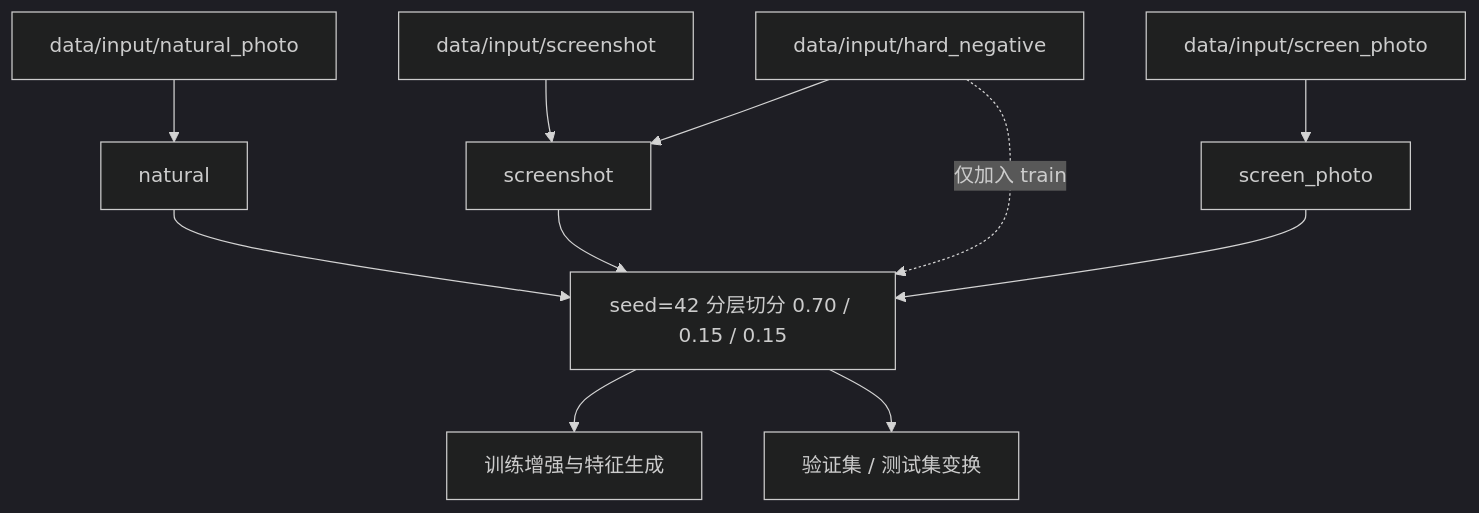
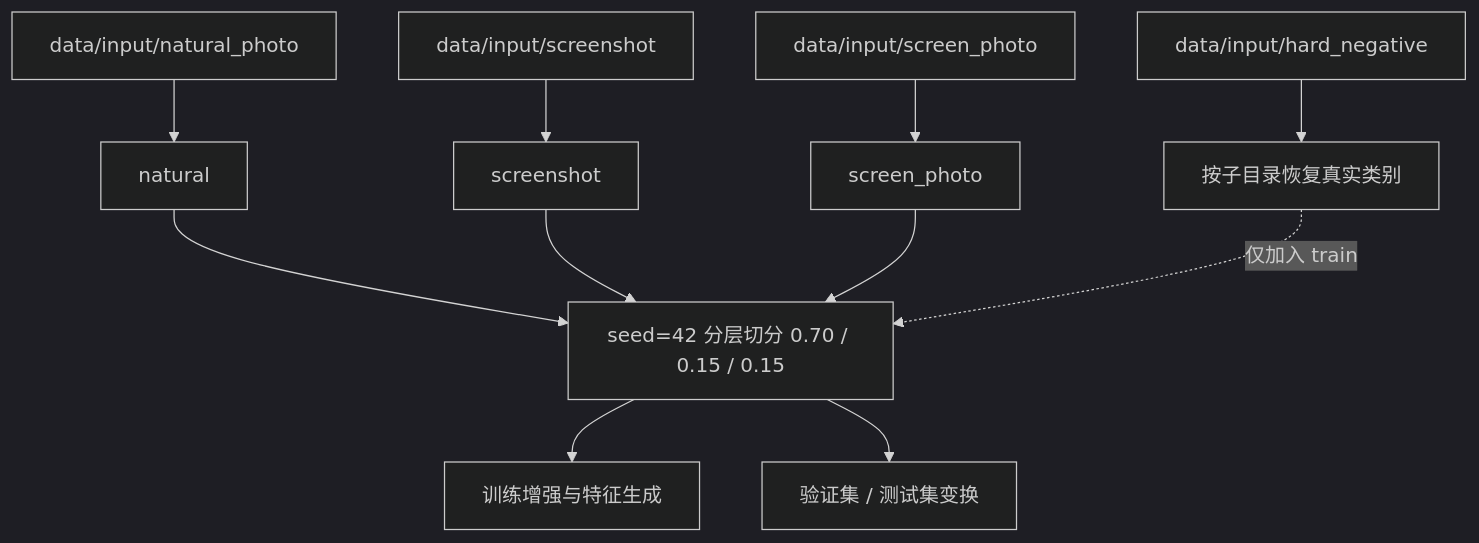
The sixth of 8 diagrams in README_CN.md (zgyj4532/opencv-screen-detector), drawn with Mermaid (dark theme) before and after one commit. The commit also changed other lines of this file and 31 other files, not shown here.

````diff
--- a/README_CN.md
+++ b/README_CN.md
@@ -165,13 +165,13 @@
 ```mermaid
 flowchart TD
     N[data/input/natural_photo] --> Natural[natural]
     S[data/input/screenshot] --> Screenshot[screenshot]
-    H[data/input/hard_negative] --> Screenshot
+    H[data/input/hard_negative] --> HLabel[按子目录恢复真实类别]
     P[data/input/screen_photo] --> Photo[screen_photo]
     Natural --> Split[seed=42 分层切分 0.70 / 0.15 / 0.15]
     Screenshot --> Split
     Photo --> Split
-    H -.-> |仅加入 train| Split
+    HLabel -.-> |仅加入 train| Split
     Split --> Augment[训练增强与特征生成]
     Split --> Validate[验证集 / 测试集变换]
 ```
````
